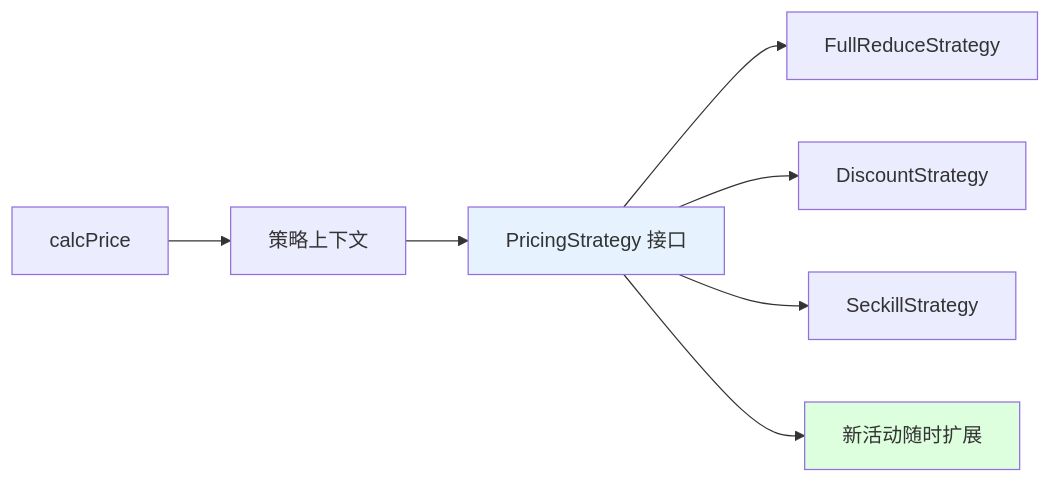
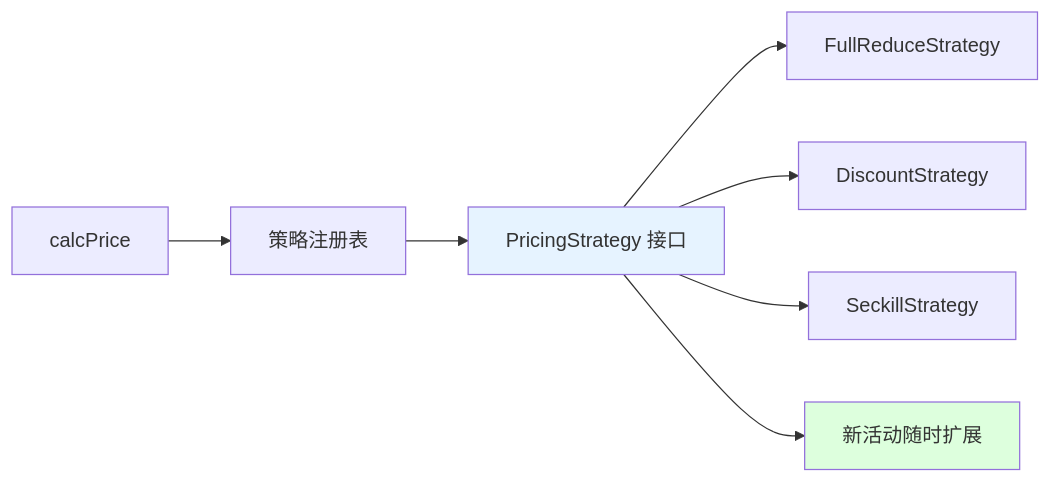
The second of 6 diagrams in docs/08.编程/03.巧学设计模式/14.策略者模式设计思想.md (chongyang211/YCBookBlog), drawn with Mermaid before and after one commit. The commit also changed other lines of this file and 4 other files, not shown here.

````diff
--- a/docs/08.编程/03.巧学设计模式/14.策略者模式设计思想.md
+++ b/docs/08.编程/03.巧学设计模式/14.策略者模式设计思想.md
@@ -194,11 +225,11 @@
 ```mermaid
 flowchart LR
-    Client[calcPrice] --> Ctx[策略上下文]
+    Client[calcPrice] --> Ctx[策略注册表]
     Ctx --> I[PricingStrategy 接口]
     I --> S1[FullReduceStrategy]
     I --> S2[DiscountStrategy]
     I --> S3[SeckillStrategy]
     I --> Sn[新活动随时扩展]
     style I fill:#e6f3ff
     style Sn fill:#dfd
 ```
````
